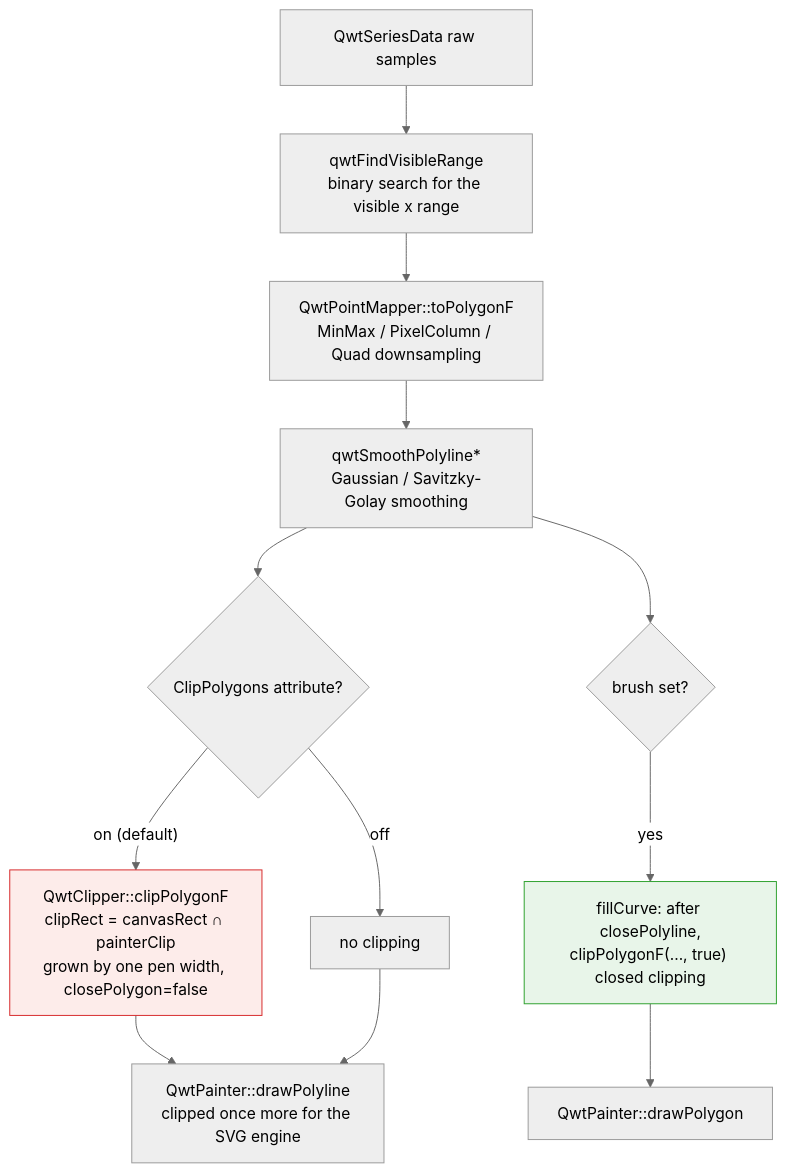
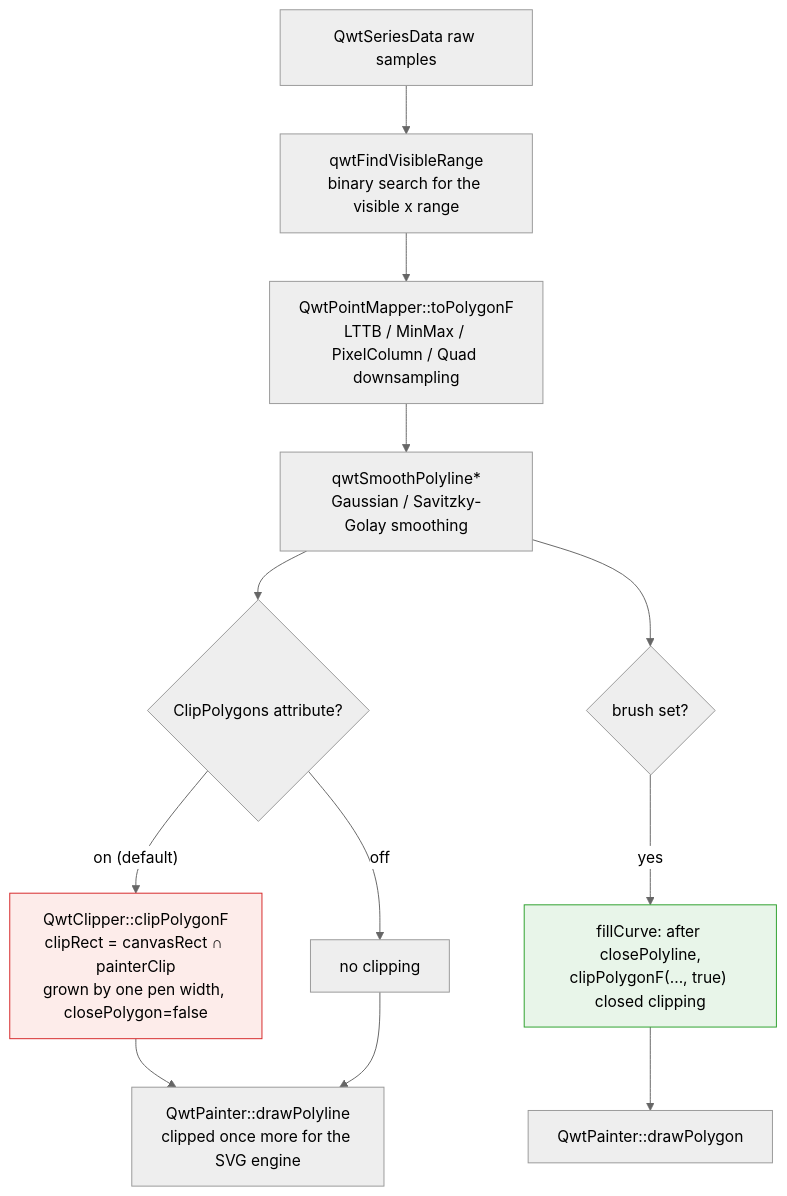
One commit to czyt1988/QWT changed the diagram in docs/tech-report/polygon-clipping.md. Above: the diagram before and after it, drawn with Mermaid (neutral theme). The commit also changed other lines of this file and 1 other file, not shown here.

First line of the commit message:
docs(report): verify polygon-clipping against the current source

````diff
--- a/docs/tech-report/polygon-clipping.md
+++ b/docs/tech-report/polygon-clipping.md
@@ -37,17 +37,17 @@
 ```mermaid
 flowchart TB
     A["QwtSeriesData raw samples"] --> B["qwtFindVisibleRange<br/>binary search for the visible x range"]
-    B --> C["QwtPointMapper::toPolygonF<br/>MinMax / PixelColumn / Quad downsampling"]
+    B --> C["QwtPointMapper::toPolygonF<br/>LTTB / MinMax / PixelColumn / Quad downsampling"]
     C --> D["qwtSmoothPolyline*<br/>Gaussian / Savitzky-Golay smoothing"]
     D --> E{"ClipPolygons attribute?"}
     E -->|"on (default)"| F["QwtClipper::clipPolygonF<br/>clipRect = canvasRect ∩ painterClip<br/>grown by one pen width, closePolygon=false"]
     E -->|"off"| G["no clipping"]
     F --> H["QwtPainter::drawPolyline<br/>clipped once more for the SVG engine"]
     G --> H
     D --> I{"brush set?"}
     I -->|"yes"| J["fillCurve: after closePolyline,<br/>clipPolygonF(..., true) closed clipping"]
     J --> K["QwtPainter::drawPolygon"]
 
     style F fill:#fdecea,stroke:#d62728
     style J fill:#e8f5e9,stroke:#2ca02c
 ```
````
